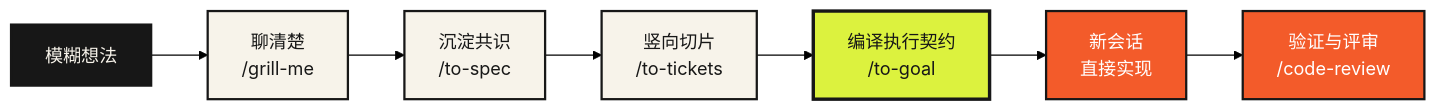
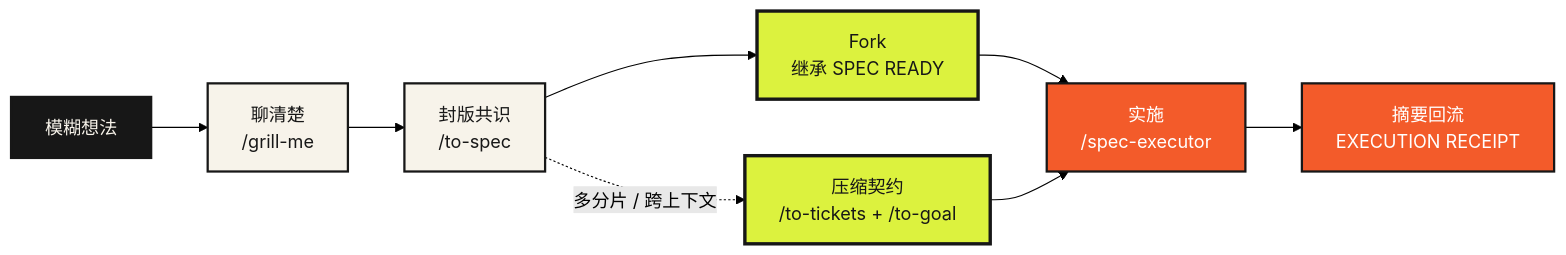
One commit to tt-a1i/matt-skills-with-to-goal changed the diagram in README.md. Above: the diagram before and after it, drawn with Mermaid (forest theme). The commit also changed other lines of this file and 9 other files, not shown here.

Commit message:
Add forked spec execution workflow

````diff
--- a/README.md
+++ b/README.md
@@ -41,19 +41,20 @@
 ```mermaid
 flowchart LR
     idea["模糊想法"] --> grill["聊清楚<br/>/grill-me"]
-    grill --> spec["沉淀共识<br/>/to-spec"]
-    spec --> tickets["竖向切片<br/>/to-tickets"]
-    tickets --> goal["编译执行契约<br/>/to-goal"]
-    goal --> fresh["新会话<br/>直接实现"]
-    fresh --> review["验证与评审<br/>/code-review"]
+    grill --> spec["封版共识<br/>/to-spec"]
+    spec --> fork["Fork<br/>继承 SPEC READY"]
+    fork --> execute["实施<br/>/spec-executor"]
+    execute --> receipt["摘要回流<br/>EXECUTION RECEIPT"]
+    spec -. "多分片 / 跨上下文" .-> goal["压缩契约<br/>/to-tickets + /to-goal"]
+    goal --> execute
 
     classDef source fill:#171717,color:#F7F3EA,stroke:#171717,stroke-width:2px;
     classDef plan fill:#F7F3EA,color:#171717,stroke:#171717,stroke-width:2px;
     classDef contract fill:#DCF23E,color:#171717,stroke:#171717,stroke-width:3px;
-    classDef execute fill:#F35B2A,color:#FFFFFF,stroke:#171717,stroke-width:2px;
+    classDef action fill:#F35B2A,color:#FFFFFF,stroke:#171717,stroke-width:2px;
 
     class idea source;
-    class grill,spec,tickets plan;
-    class goal contract;
-    class fresh,review execute;
+    class grill,spec plan;
+    class fork,goal contract;
+    class execute,receipt action;
 ```
````
